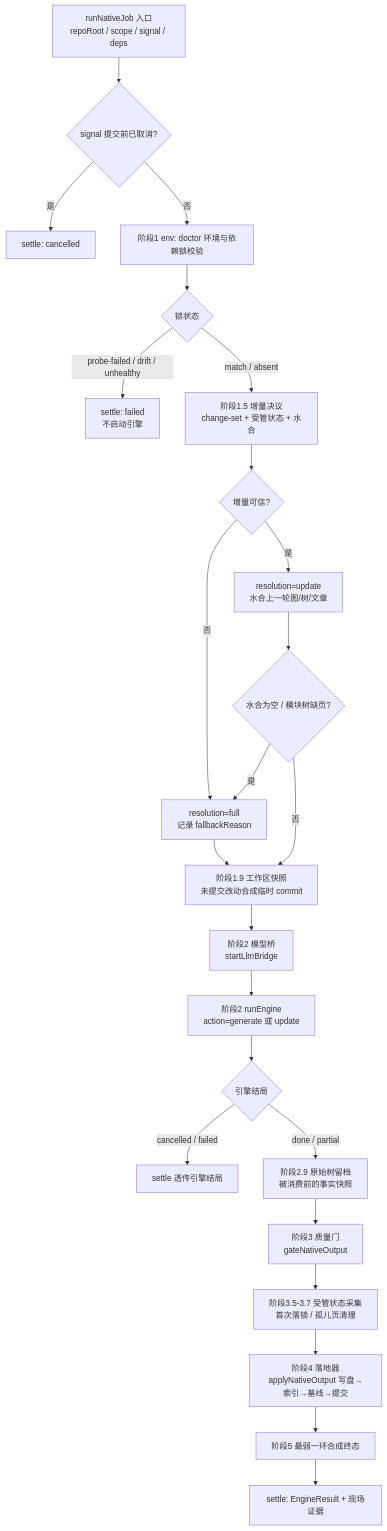
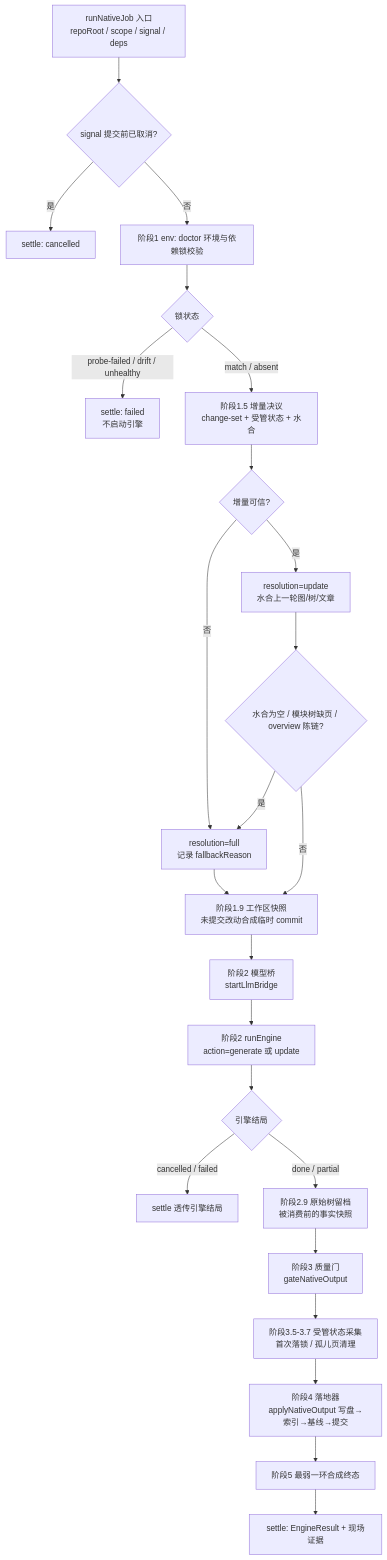
Before and after one commit to ikliml666/dsh-codewiki: the first of 3 diagrams in .codewiki/modules/native-process-runtime.md, drawn with Mermaid. The commit also changed other lines of this file and 12 other files, not shown here.

````diff
--- a/.codewiki/modules/native-process-runtime.md
+++ b/.codewiki/modules/native-process-runtime.md
@@ -36,26 +36,26 @@
 ```mermaid
 flowchart TD
     A["runNativeJob 入口<br/>repoRoot / scope / signal / deps"] --> B{"signal 提交前已取消?"}
     B -- 是 --> C["settle: cancelled"]
     B -- 否 --> D["阶段1 env: doctor 环境与依赖锁校验"]
     D --> E{"锁状态"}
     E -- "probe-failed / drift / unhealthy" --> F["settle: failed<br/>不启动引擎"]
     E -- "match / absent" --> G["阶段1.5 增量决议<br/>change-set + 受管状态 + 水合"]
     G --> H{"增量可信?"}
     H -- "否" --> I["resolution=full<br/>记录 fallbackReason"]
     H -- "是" --> J["resolution=update<br/>水合上一轮图/树/文章"]
-    J --> K{"水合为空 / 模块树缺页?"}
+    J --> K{"水合为空 / 模块树缺页 / overview 陈链?"}
     K -- "是" --> I
     K -- "否" --> L["阶段1.9 工作区快照<br/>未提交改动合成临时 commit"]
     I --> L
     L --> M["阶段2 模型桥<br/>startLlmBridge"]
     M --> N["阶段2 runEngine<br/>action=generate 或 update"]
     N --> O{"引擎结局"}
     O -- "cancelled / failed" --> P["settle 透传引擎结局"]
     O -- "done / partial" --> Q["阶段2.9 原始树留档<br/>被消费前的事实快照"]
     Q --> R["阶段3 质量门<br/>gateNativeOutput"]
     R --> S["阶段3.5-3.7 受管状态采集<br/>首次落锁 / 孤儿页清理"]
     S --> T["阶段4 落地器<br/>applyNativeOutput 写盘→索引→基线→提交"]
     T --> U["阶段5 最弱一环合成终态"]
     U --> V["settle: EngineResult + 现场证据"]
 ```
````
